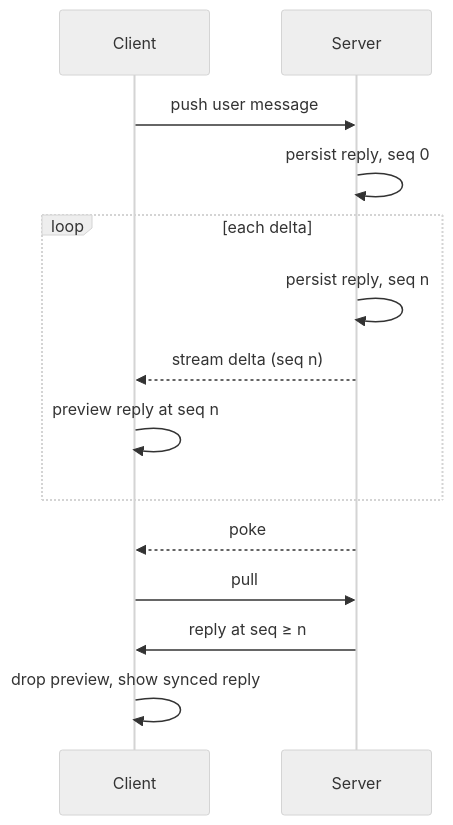
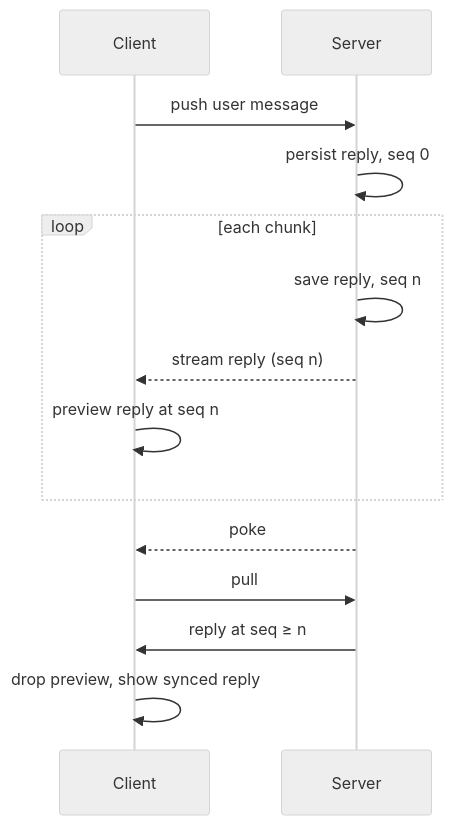
Before and after one commit to Mochael/tandem: the diagram in docs/agent-chat.md, drawn with Mermaid (neutral theme). The commit also changed other lines of this file and 2 other files, not shown here.

First line of the commit message:
Stream whole messages so clients only call preview

````diff
--- a/docs/agent-chat.md
+++ b/docs/agent-chat.md
@@ -20,16 +20,16 @@
 ```mermaid
 sequenceDiagram
 	participant C as Client
 	participant S as Server
 	C->>S: push user message
 	S->>S: persist reply, seq 0
-	loop each delta
-		S->>S: persist reply, seq n
-		S-->>C: stream delta (seq n)
+	loop each chunk
+		S->>S: save reply, seq n
+		S-->>C: stream reply (seq n)
 		C->>C: preview reply at seq n
 	end
 	S-->>C: poke
 	C->>S: pull
 	S->>C: reply at seq ≥ n
 	C->>C: drop preview, show synced reply
 ```
````
